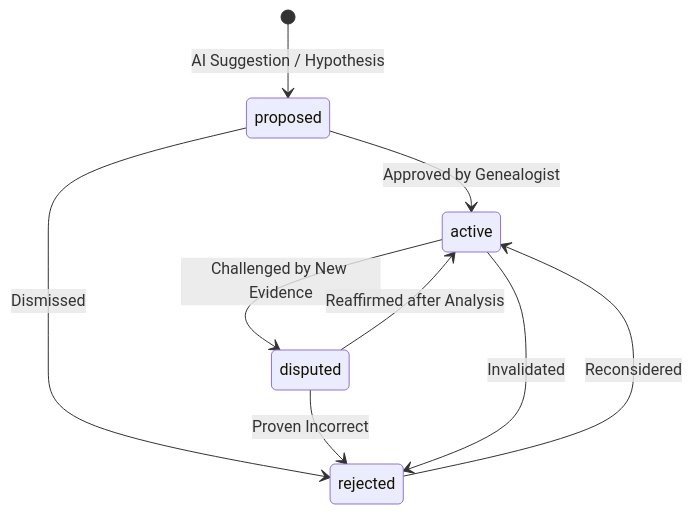
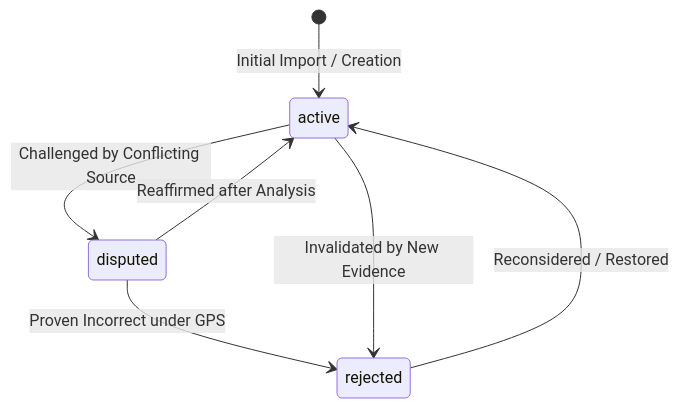
The second of 2 diagrams in openwiki/concepts/evidence-first-philosophy.md (alerum68/Theogony), drawn with Mermaid before and after one commit. The commit also changed other lines of this file and 15 other files, not shown here.

````diff
--- a/openwiki/concepts/evidence-first-philosophy.md
+++ b/openwiki/concepts/evidence-first-philosophy.md
@@ -80,11 +83,9 @@
 ```mermaid
 stateDiagram-v2
-    [*] --> proposed : AI Suggestion / Hypothesis
-    proposed --> active : Approved by Genealogist
-    proposed --> rejected : Dismissed
-    active --> disputed : Challenged by New Evidence
+    [*] --> active : Initial Import / Creation
+    active --> disputed : Challenged by Conflicting Source
     disputed --> active : Reaffirmed after Analysis
-    disputed --> rejected : Proven Incorrect
-    active --> rejected : Invalidated
-    rejected --> active : Reconsidered
+    disputed --> rejected : Proven Incorrect under GPS
+    active --> rejected : Invalidated by New Evidence
+    rejected --> active : Reconsidered / Restored
 ```
````
